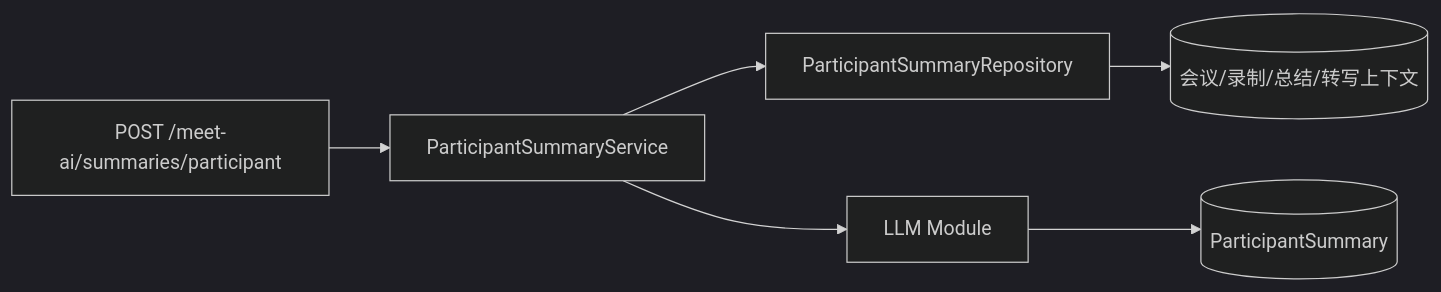
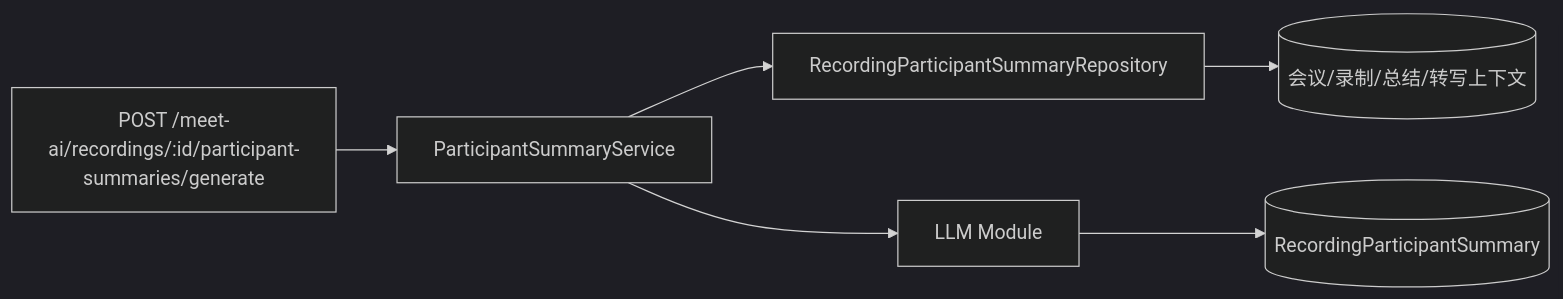
Before and after one commit to lulabs-org/nove-api: the third of 3 diagrams in docs/developer/architecture/data-flow.md, drawn with Mermaid (dark theme). The commit also changed 48 other files, not shown here.

````diff
--- a/docs/developer/architecture/data-flow.md
+++ b/docs/developer/architecture/data-flow.md
@@ -48,8 +48,8 @@
 ```mermaid
 flowchart LR
-  A[POST /meet-ai/summaries/participant] --> B[ParticipantSummaryService]
-  B --> C[ParticipantSummaryRepository]
+  A[POST /meet-ai/recordings/:id/participant-summaries/generate] --> B[ParticipantSummaryService]
+  B --> C[RecordingParticipantSummaryRepository]
   C --> D[(会议/录制/总结/转写上下文)]
   B --> E[LLM Module]
-  E --> F[(ParticipantSummary)]
+  E --> F[(RecordingParticipantSummary)]
 ```
````
